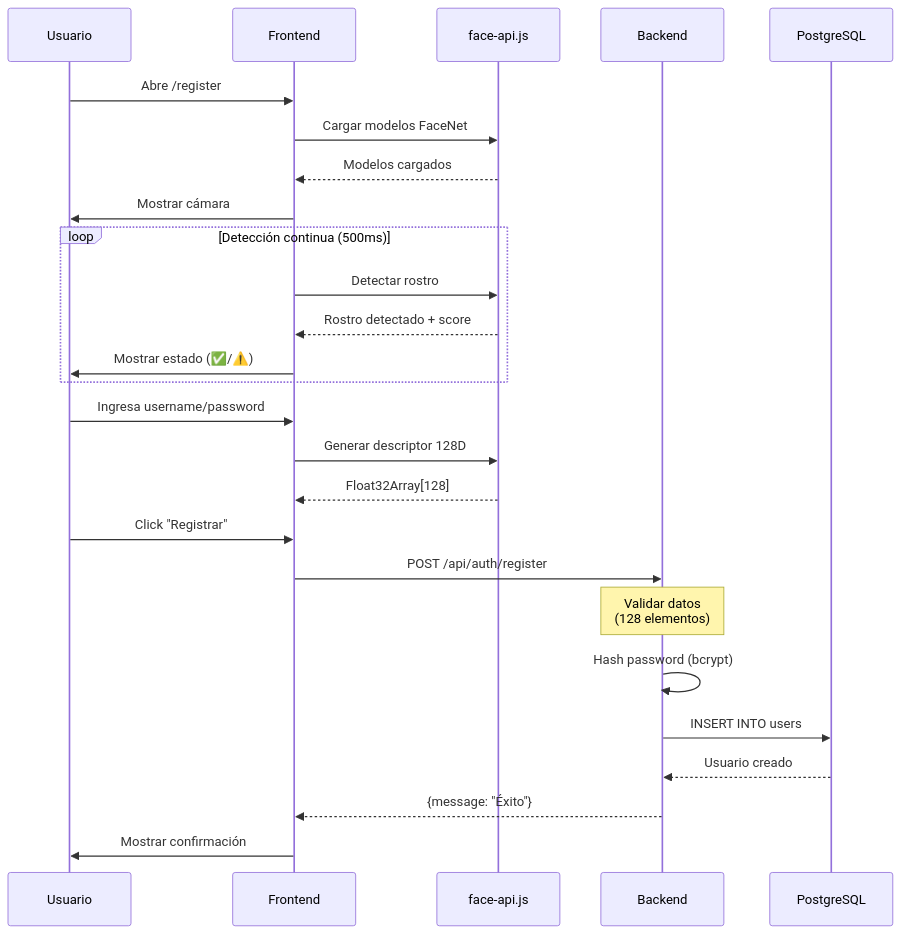
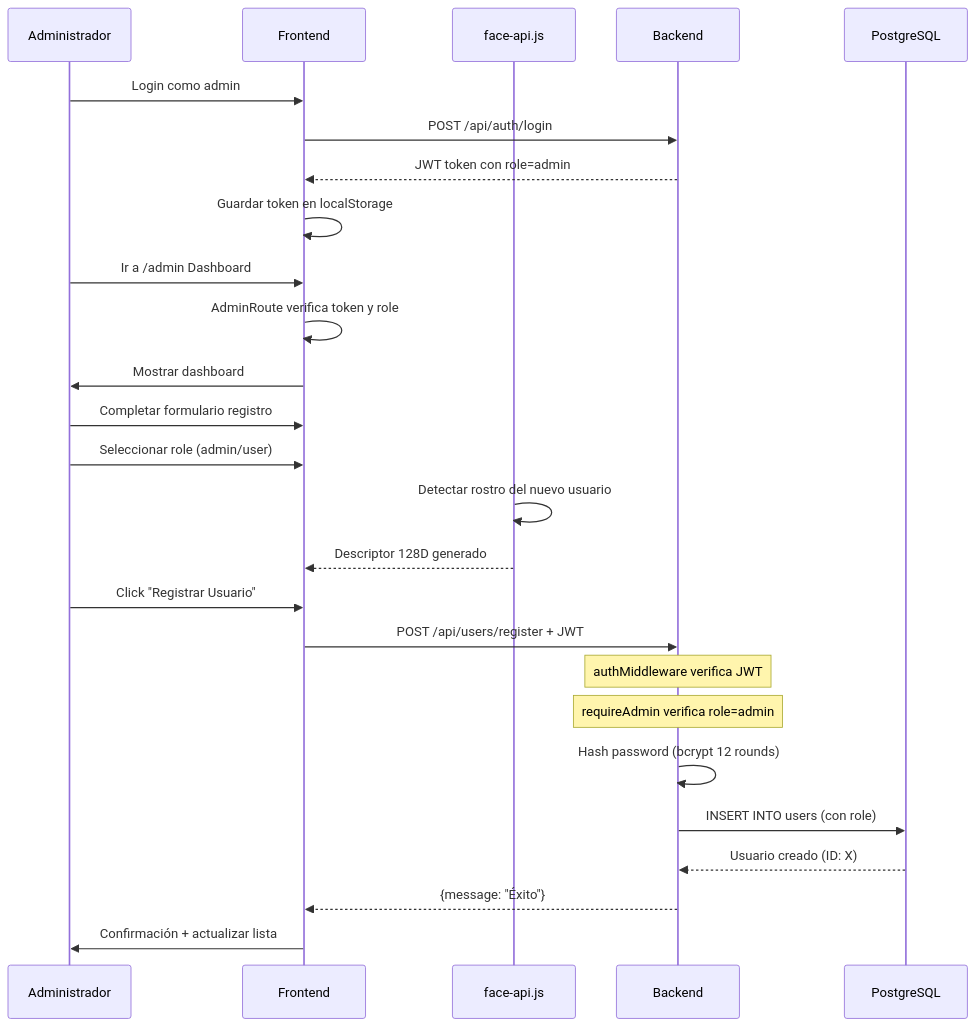
Before and after one commit to JoseSanmartin1999/FaceReconigtionLogin_SWSeguro: the fourth of 6 diagrams in README.md, drawn with Mermaid. The commit also changed other lines of this file, not shown here.

````diff
--- a/README.md
+++ b/README.md
@@ -377,32 +747,32 @@
 ```mermaid
 sequenceDiagram
-    participant U as Usuario
+    participant A as Administrador
     participant F as Frontend
     participant FA as face-api.js
     participant B as Backend
     participant DB as PostgreSQL
-
-    U->>F: Abre /register
-    F->>FA: Cargar modelos FaceNet
-    FA-->>F: Modelos cargados
-    F->>U: Mostrar cámara
     
-    loop Detección continua (500ms)
-        F->>FA: Detectar rostro
-        FA-->>F: Rostro detectado + score
-        F->>U: Mostrar estado (✅/⚠️)
-    end
+    A->>F: Login como admin
+    F->>B: POST /api/auth/login
+    B-->>F: JWT token con role=admin
+    F->>F: Guardar token en localStorage
     
-    U->>F: Ingresa username/password
-    F->>FA: Generar descriptor 128D
-    FA-->>F: Float32Array[128]
-    U->>F: Click "Registrar"
+    A->>F: Ir a /admin Dashboard
+    F->>F: AdminRoute verifica token y role
+    F->>A: Mostrar dashboard
     
-    F->>B: POST /api/auth/register
-    Note over B: Validar datos<br/>(128 elementos)
-    B->>B: Hash password (bcrypt)
-    B->>DB: INSERT INTO users
-    DB-->>B: Usuario creado
+    A->>F: Completar formulario registro
+    A->>F: Seleccionar role (admin/user)
+    FA->>FA: Detectar rostro del nuevo usuario
+    FA-->>F: Descriptor 128D generado
+    
+    A->>F: Click "Registrar Usuario"
+    F->>B: POST /api/users/register + JWT
+    Note over B: authMiddleware verifica JWT
+    Note over B: requireAdmin verifica role=admin
+    B->>B: Hash password (bcrypt 12 rounds)
+    B->>DB: INSERT INTO users (con role)
+    DB-->>B: Usuario creado (ID: X)
     B-->>F: {message: "Éxito"}
-    F->>U: Mostrar confirmación
+    F->>A: Confirmación + actualizar lista
 ```
````
